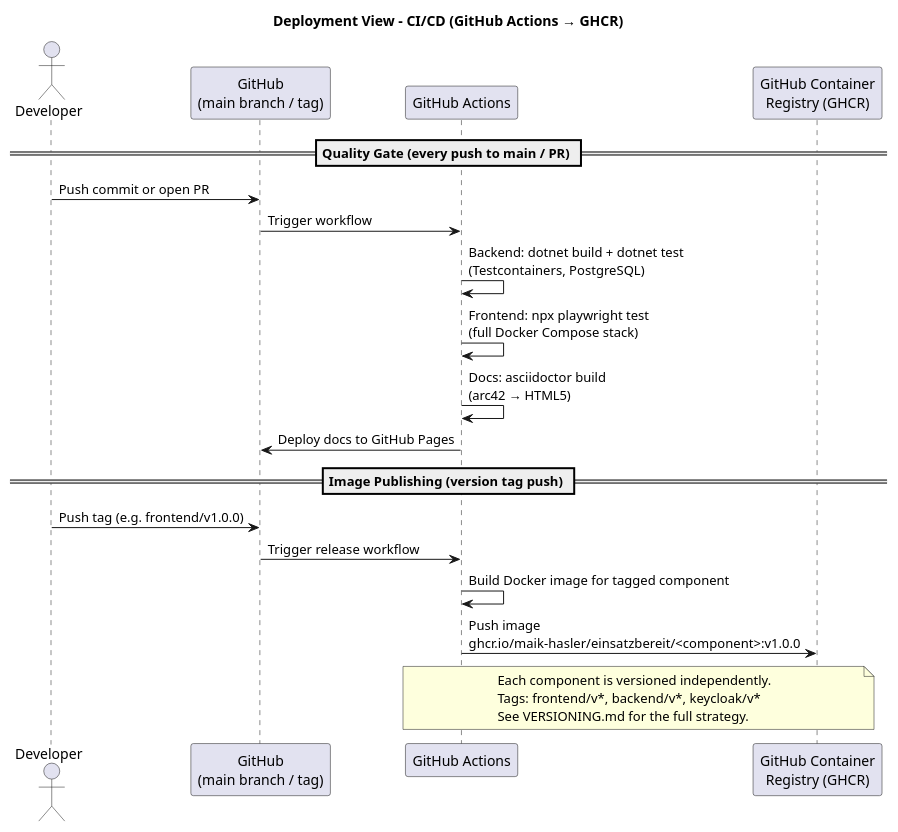
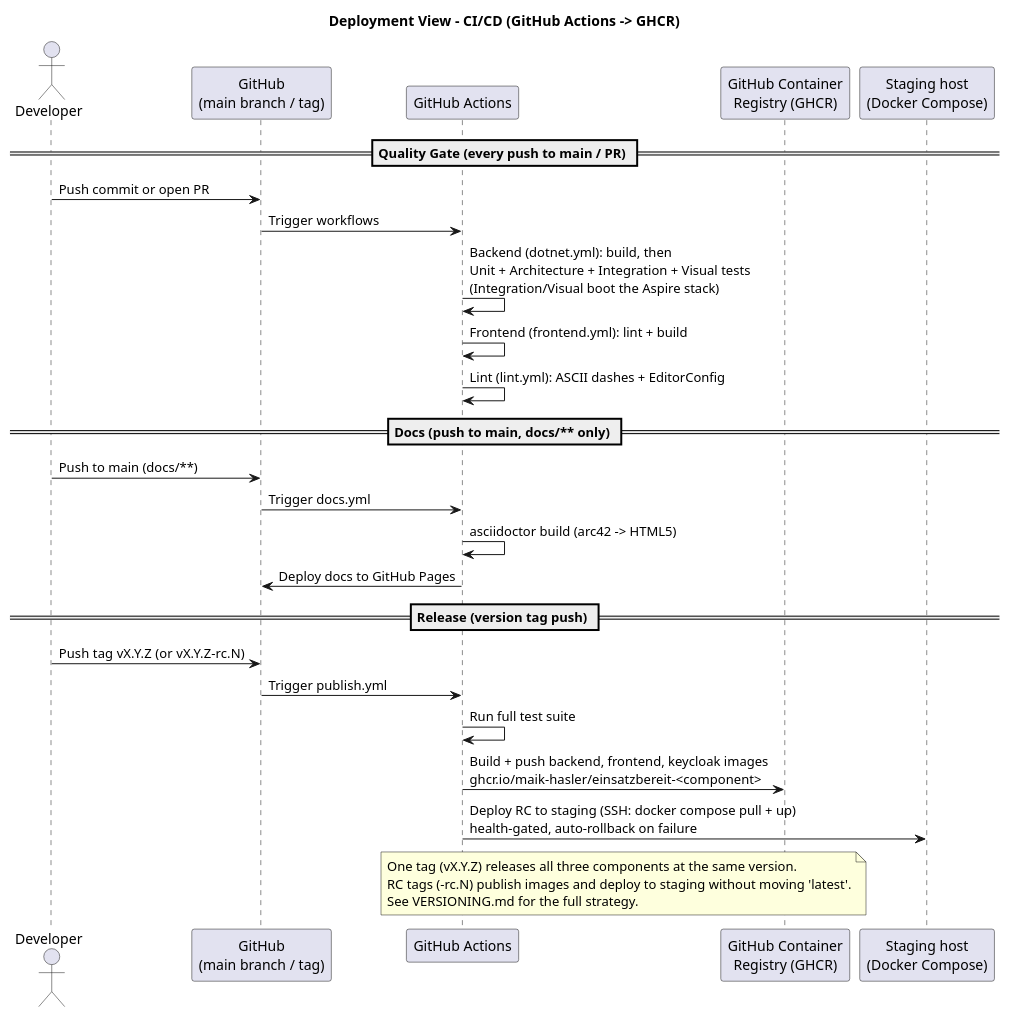
One commit to maik-hasler/einsatzbereit changed the diagram in docs/Architecture/images/deployment-cicd.puml. Above: the diagram before and after it, drawn with PlantUML. The commit also changed 27 other files, not shown here.

```diff
--- a/docs/Architecture/images/deployment-cicd.puml
+++ b/docs/Architecture/images/deployment-cicd.puml
@@ -1,32 +1,40 @@
 @startuml CI/CD Pipeline
 
-title Deployment View - CI/CD (GitHub Actions → GHCR)
+title Deployment View - CI/CD (GitHub Actions -> GHCR)
 
 actor "Developer" as dev
 participant "GitHub\n(main branch / tag)" as github
 participant "GitHub Actions" as ci
 participant "GitHub Container\nRegistry (GHCR)" as ghcr
+participant "Staging host\n(Docker Compose)" as staging
 
 == Quality Gate (every push to main / PR) ==
 
 dev -> github: Push commit or open PR
-github -> ci: Trigger workflow
-ci -> ci: Backend: dotnet build + dotnet test\n(Testcontainers, PostgreSQL)
-ci -> ci: Frontend: npx playwright test\n(full Docker Compose stack)
-ci -> ci: Docs: asciidoctor build\n(arc42 → HTML5)
+github -> ci: Trigger workflows
+ci -> ci: Backend (dotnet.yml): build, then\nUnit + Architecture + Integration + Visual tests\n(Integration/Visual boot the Aspire stack)
+ci -> ci: Frontend (frontend.yml): lint + build
+ci -> ci: Lint (lint.yml): ASCII dashes + EditorConfig
+
+== Docs (push to main, docs/** only) ==
+
+dev -> github: Push to main (docs/**)
+github -> ci: Trigger docs.yml
+ci -> ci: asciidoctor build (arc42 -> HTML5)
 ci -> github: Deploy docs to GitHub Pages
 
-== Image Publishing (version tag push) ==
+== Release (version tag push) ==
 
-dev -> github: Push tag (e.g. frontend/v1.0.0)
-github -> ci: Trigger release workflow
-ci -> ci: Build Docker image for tagged component
-ci -> ghcr: Push image\nghcr.io/maik-hasler/einsatzbereit/<component>:v1.0.0
+dev -> github: Push tag vX.Y.Z (or vX.Y.Z-rc.N)
+github -> ci: Trigger publish.yml
+ci -> ci: Run full test suite
+ci -> ghcr: Build + push backend, frontend, keycloak images\nghcr.io/maik-hasler/einsatzbereit-<component>
+ci -> staging: Deploy RC to staging (SSH: docker compose pull + up)\nhealth-gated, auto-rollback on failure
 
 note over ci,ghcr
-	Each component is versioned independently.
-	Tags: frontend/v*, backend/v*, keycloak/v*
+	One tag (vX.Y.Z) releases all three components at the same version.
+	RC tags (-rc.N) publish images and deploy to staging without moving 'latest'.
 	See VERSIONING.md for the full strategy.
 end note
 
 @enduml
```
